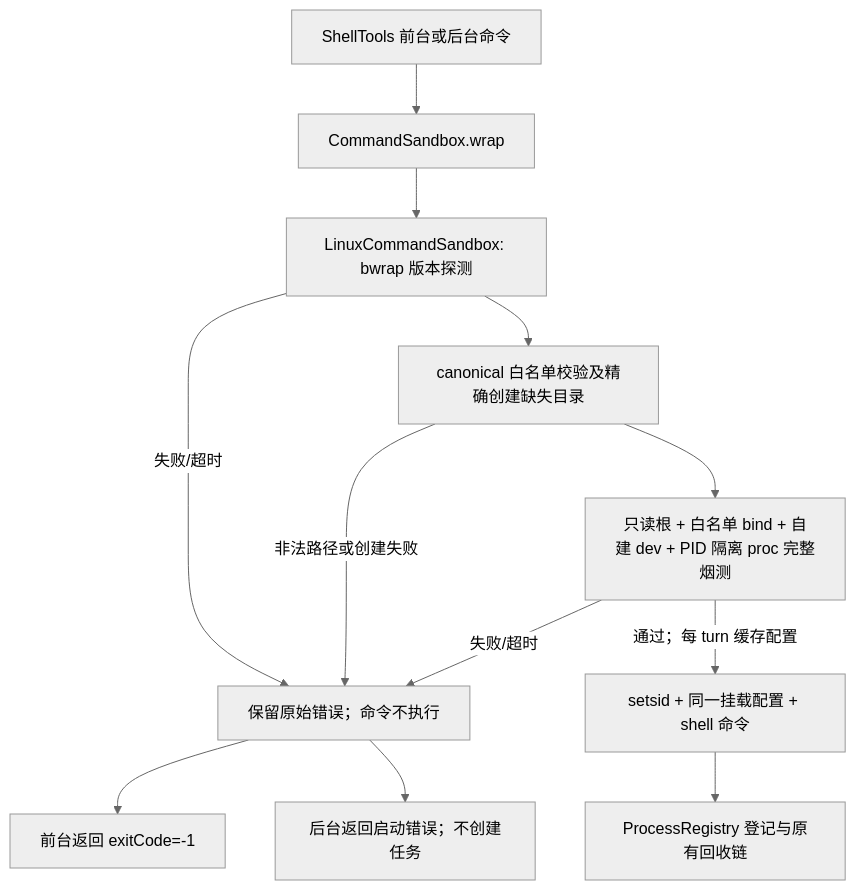
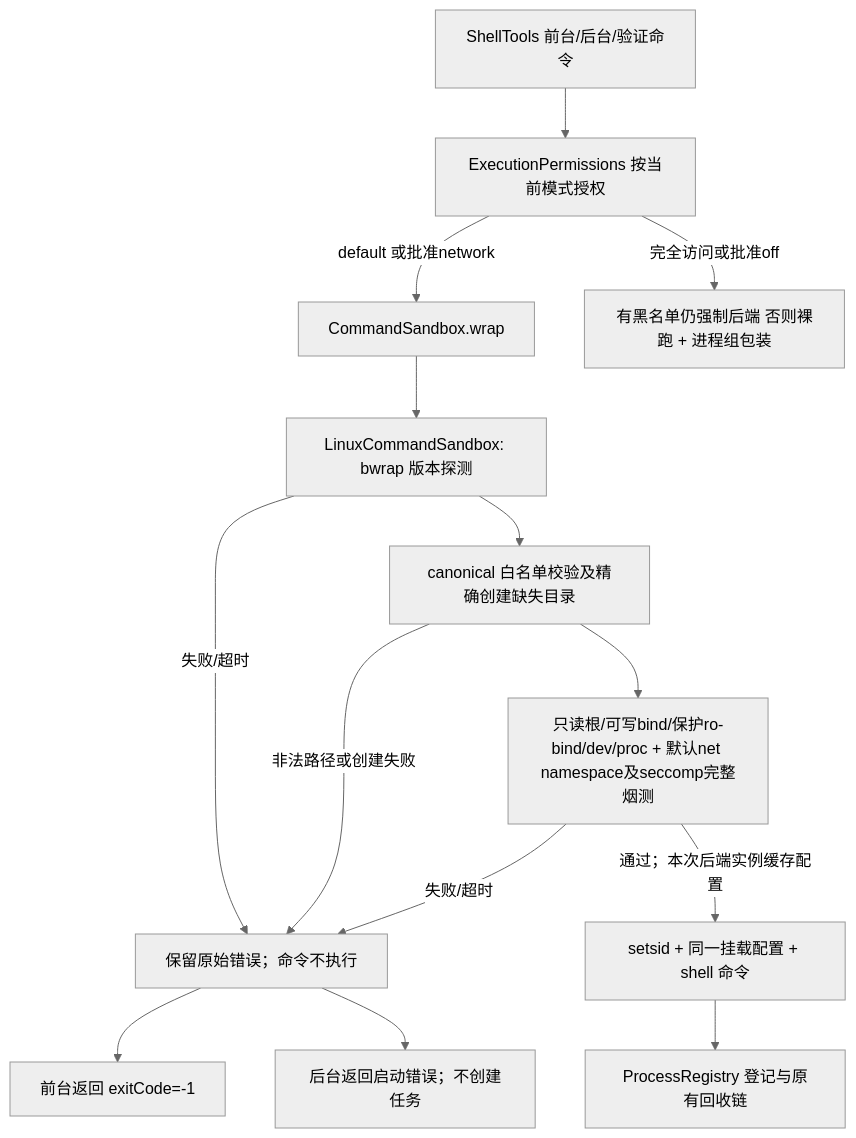
Before and after one commit to lzdev42/mederi: diagram 36 of 47 in docs/architecture/04-flows.md, drawn with Mermaid (neutral theme). The commit also changed other lines of this file and 391 other files, not shown here.

````diff
--- a/docs/architecture/04-flows.md
+++ b/docs/architecture/04-flows.md
@@ -1144,14 +1218,16 @@
 ```mermaid
 flowchart TD
-    Shell[ShellTools 前台或后台命令] --> Wrap[CommandSandbox.wrap]
+    Shell[ShellTools 前台/后台/验证命令] --> Permission[ExecutionPermissions 按当前模式授权]
+    Permission -->|default 或批准network| Wrap[CommandSandbox.wrap]
+    Permission -->|完全访问或批准off| Plain[有黑名单仍强制后端 否则裸跑 + 进程组包装]
     Wrap --> Version[LinuxCommandSandbox: bwrap 版本探测]
     Version --> Roots[canonical 白名单校验及精确创建缺失目录]
-    Roots --> Probe[只读根 + 白名单 bind + 自建 dev + PID 隔离 proc 完整烟测]
+    Roots --> Probe[只读根/可写bind/保护ro-bind/dev/proc + 默认net namespace及seccomp完整烟测]
     Version -->|失败/超时| Error[保留原始错误；命令不执行]
     Roots -->|非法路径或创建失败| Error
     Probe -->|失败/超时| Error
-    Probe -->|通过；每 turn 缓存配置| Exec[setsid + 同一挂载配置 + shell 命令]
+    Probe -->|通过；本次后端实例缓存配置| Exec[setsid + 同一挂载配置 + shell 命令]
     Exec --> Registry[ProcessRegistry 登记与原有回收链]
     Error --> Foreground[前台返回 exitCode=-1]
     Error --> Background[后台返回启动错误；不创建任务]
 ```
````
